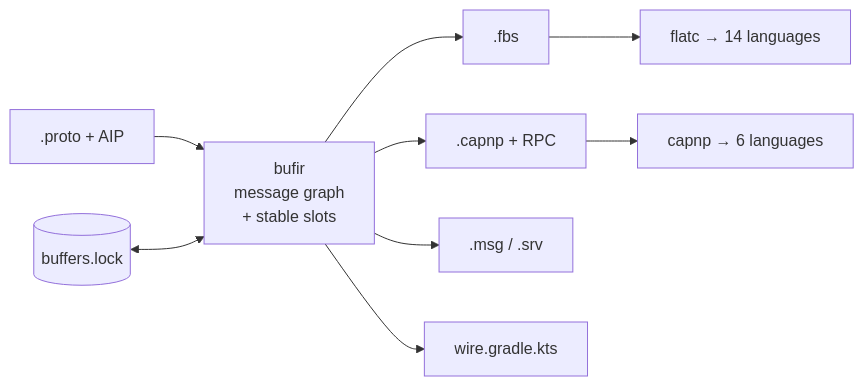
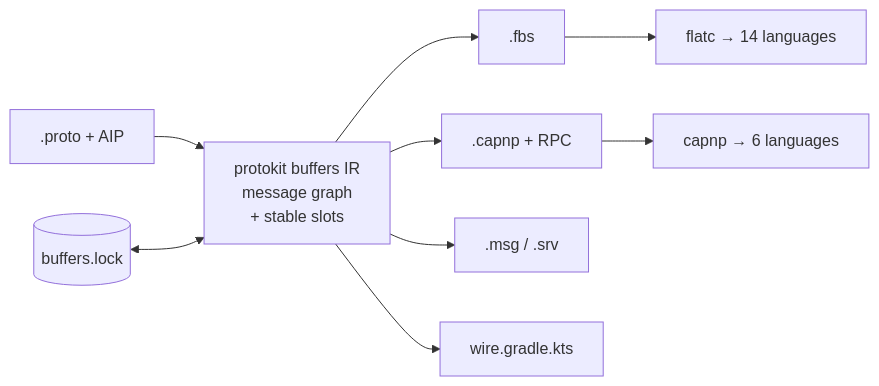
One commit to the-protobuf-project/buffers changed the diagram in README.md. Above: the diagram before and after it, drawn with Mermaid. The commit also changed other lines of this file and 87 other files, not shown here.

First line of the commit message:
Refactor code to replace bufir references with buffers in ROS and Wire targets

````diff
--- a/README.md
+++ b/README.md
@@ -49,11 +49,11 @@
 ```mermaid
 flowchart LR
-    P[".proto + AIP"] --> IR["bufir<br/>message graph<br/>+ stable slots"]
+    P[".proto + AIP"] --> IR["protokit buffers IR<br/>message graph<br/>+ stable slots"]
     L[("buffers.lock")] <--> IR
     IR --> FB[".fbs"]
     IR --> CP[".capnp + RPC"]
     IR --> RS[".msg / .srv"]
     IR --> WR["wire.gradle.kts"]
     FB --> FC["flatc → 14 languages"]
     CP --> CC["capnp → 6 languages"]
 ```
````
